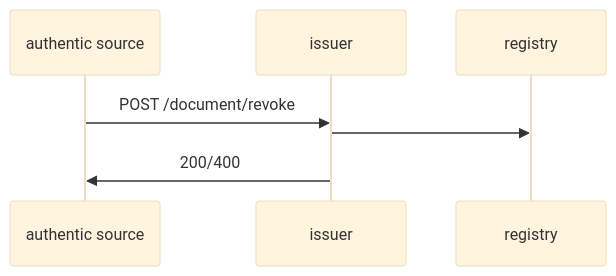
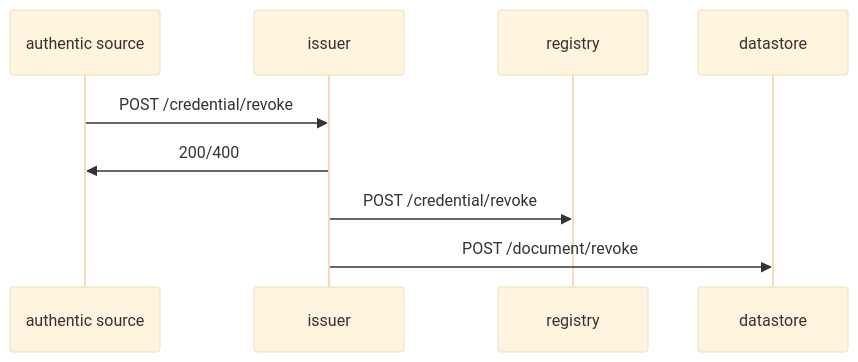
One commit to dc4eu/vc changed the seventh of 7 diagrams in standards/apiv24.md. Above: the diagram before and after it, drawn with Mermaid (base theme). The commit also changed 14 other files, not shown here.

Commit message:
Add authentic_source_person_id and cleaned up validator for eu countries.

````diff
--- a/standards/apiv24.md
+++ b/standards/apiv24.md
@@ -356,6 +356,7 @@
 ```mermaid
     sequenceDiagram;
-    authentic source->>issuer: POST /document/revoke;
-    issuer->>registry:
+    authentic source->>issuer: POST /credential/revoke;
     issuer->>authentic source: 200/400;
+    issuer->>registry: POST /credential/revoke
+    issuer->>datastore: POST /document/revoke
 ```
````
